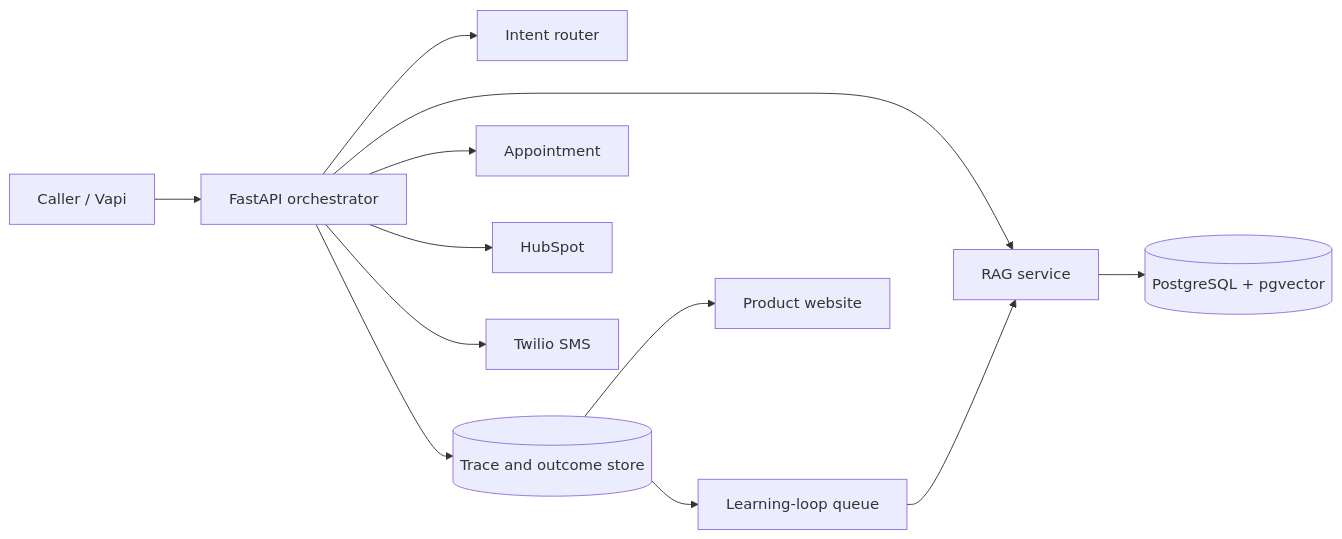
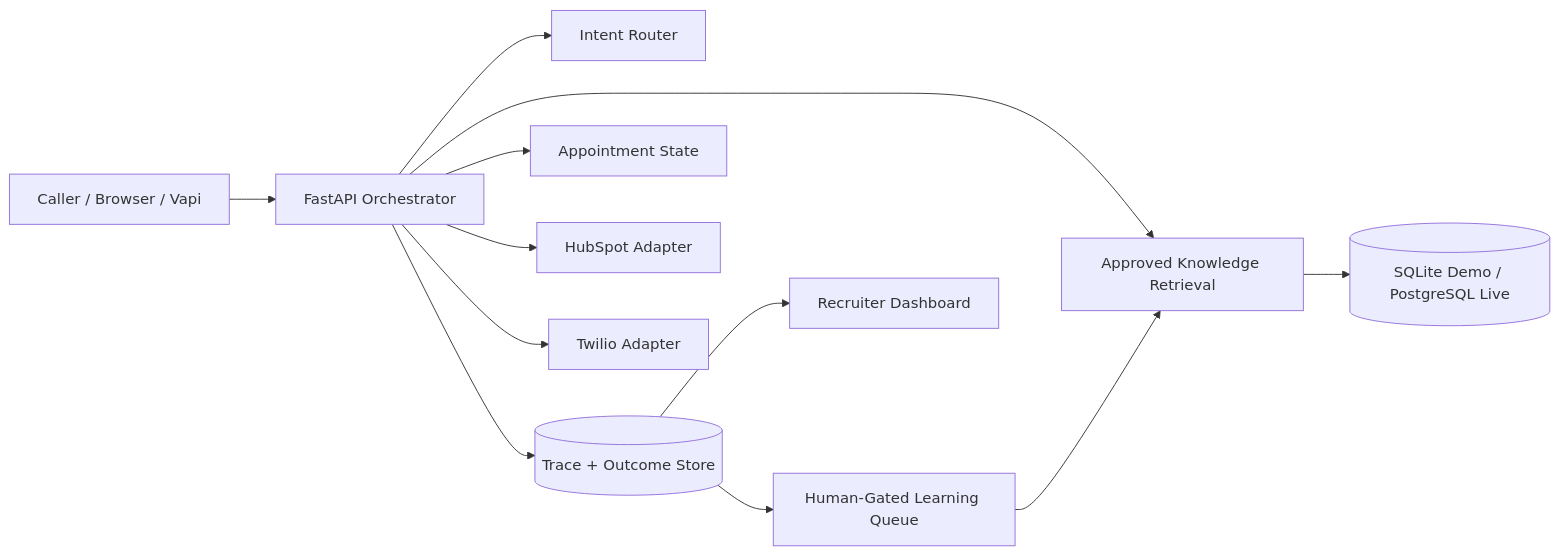
Before and after one commit to raamnandhakumar-eng/callflow-recovery: the diagram in README.md, drawn with Mermaid. The commit also changed other lines of this file, not shown here.

Commit message:
Make README demo-ready and accurate

````diff
--- a/README.md
+++ b/README.md
@@ -62,14 +92,14 @@
 ```mermaid
 flowchart LR
-    A[Caller / Vapi] --> B[FastAPI orchestrator]
-    B --> C[Intent router]
-    B --> D[RAG service]
-    D --> E[(PostgreSQL + pgvector)]
-    B --> F[Appointment]
-    B --> G[HubSpot]
-    B --> H[Twilio SMS]
-    B --> I[(Trace and outcome store)]
-    I --> J[Product website]
-    I --> K[Learning-loop queue]
+    A[Caller / Browser / Vapi] --> B[FastAPI Orchestrator]
+    B --> C[Intent Router]
+    B --> D[Approved Knowledge Retrieval]
+    D --> E[(SQLite Demo / PostgreSQL Live)]
+    B --> F[Appointment State]
+    B --> G[HubSpot Adapter]
+    B --> H[Twilio Adapter]
+    B --> I[(Trace + Outcome Store)]
+    I --> J[Recruiter Dashboard]
+    I --> K[Human-Gated Learning Queue]
     K --> D
 ```
````
